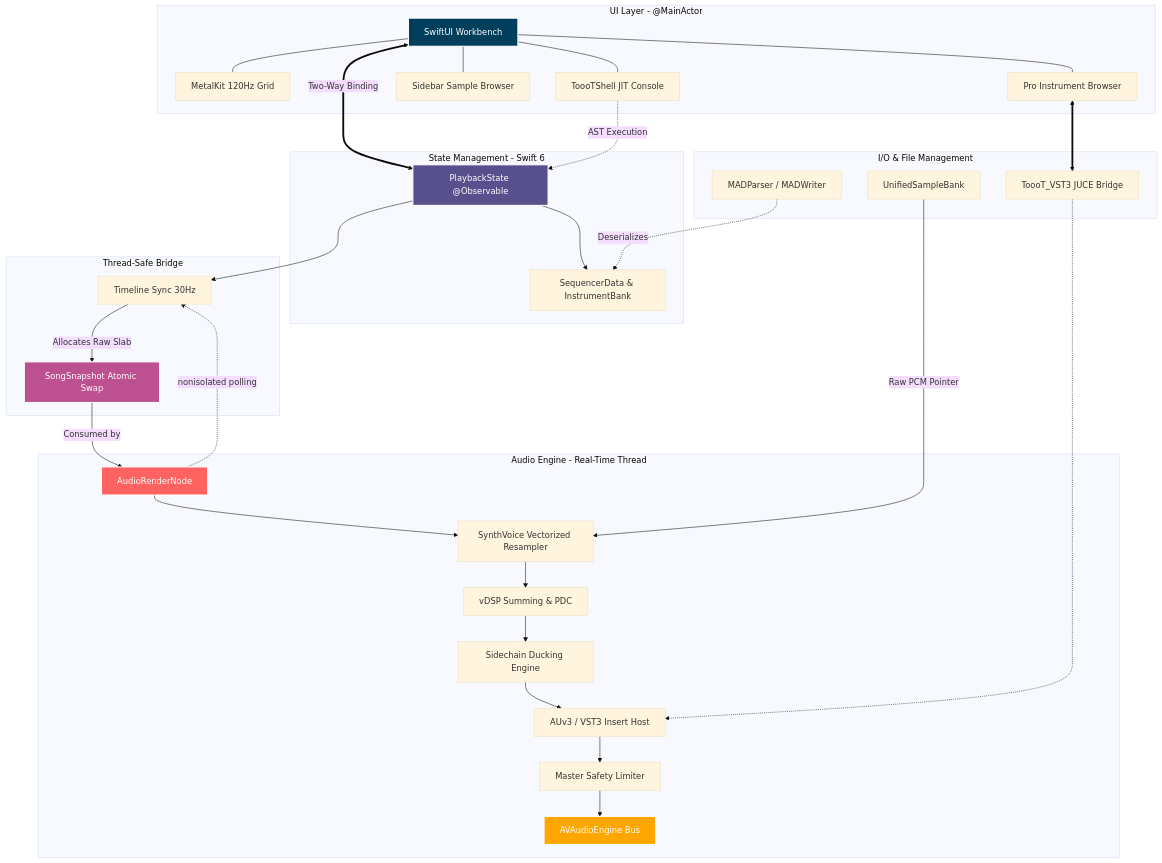
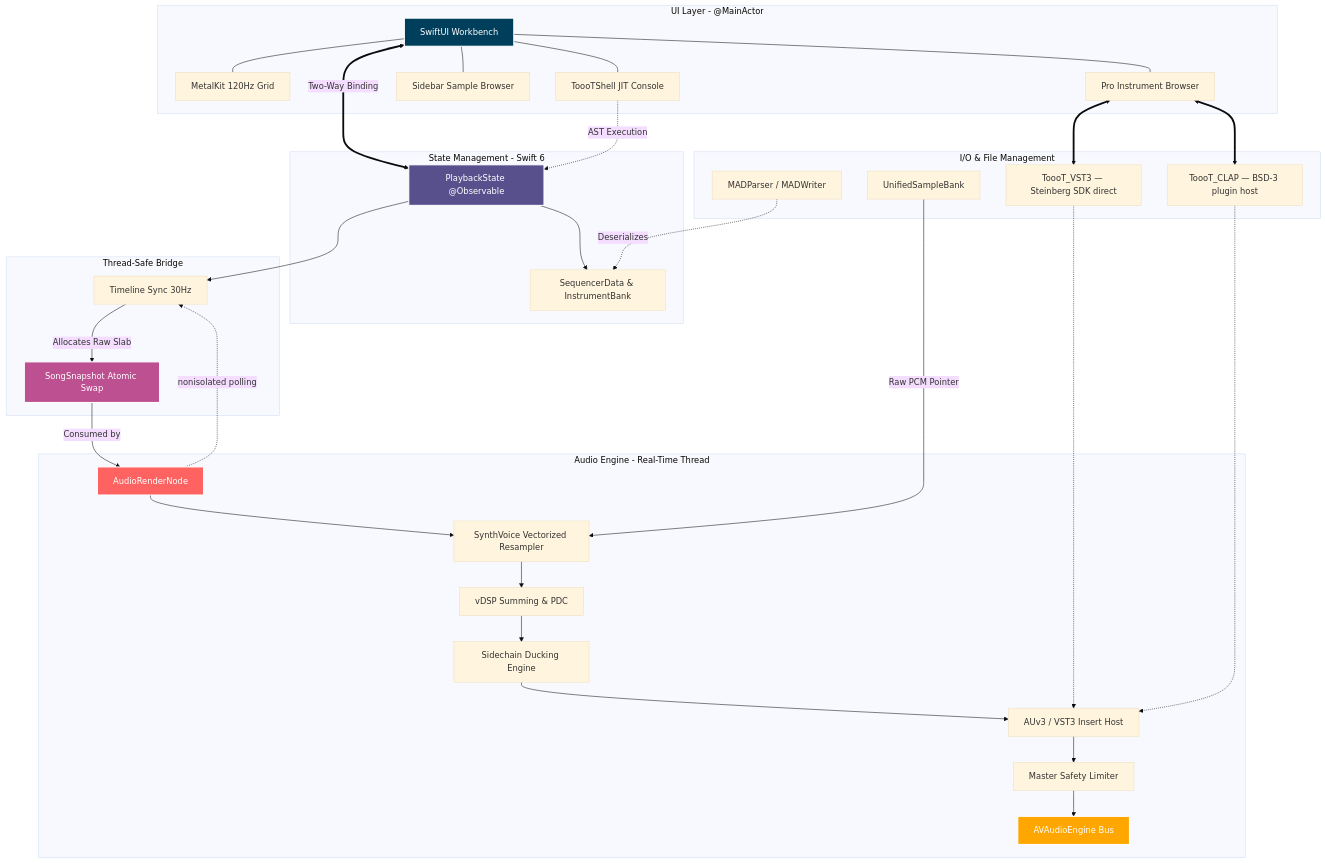
Before and after one commit to mstits/Tooot: the diagram in README.md, drawn with Mermaid (base theme). The commit also changed other lines of this file and 4 other files, not shown here.

First line of the commit message:
docs: convert all diagrams to Mermaid

````diff
--- a/README.md
+++ b/README.md
@@ -71,66 +71,69 @@
 ```mermaid
 graph TD;
     %% UI Layer
     subgraph UILayer [UI Layer - @MainActor]
         UI_WB[SwiftUI Workbench]
         UI_Metal[MetalKit 120Hz Grid]
         UI_JIT[ToooTShell JIT Console]
         UI_Browser[Sidebar Sample Browser]
         UI_NI[Pro Instrument Browser]
         UI_WB --- UI_Metal & UI_JIT & UI_Browser & UI_NI
     end
 
     %% State Layer
     subgraph StateLayer [State Management - Swift 6]
         State_PS[PlaybackState @Observable]
         State_Seq[SequencerData & InstrumentBank]
         UI_WB <==>|Two-Way Binding| State_PS
         State_PS --> State_Seq
         UI_JIT -.->|AST Execution| State_PS
     end
 
     %% Bridge
     subgraph BridgeLayer [Thread-Safe Bridge]
         Bridge_TL[Timeline Sync 30Hz]
         Bridge_Snap[SongSnapshot Atomic Swap]
         State_PS --> Bridge_TL
         Bridge_TL -->|Allocates Raw Slab| Bridge_Snap
     end
 
     %% Real-Time Audio Layer
     subgraph AudioLayer [Audio Engine - Real-Time Thread]
         Audio_RN[AudioRenderNode]
         Audio_Voice[SynthVoice Vectorized Resampler]
         Audio_vDSP[vDSP Summing & PDC]
         Audio_SC[Sidechain Ducking Engine]
         Audio_Lim[Master Safety Limiter]
         Audio_AUv3[AUv3 / VST3 Insert Host]
         Audio_Out[AVAudioEngine Bus]
         
         Bridge_Snap -->|Consumed by| Audio_RN
         Audio_RN --> Audio_Voice
         Audio_Voice --> Audio_vDSP
         Audio_vDSP --> Audio_SC
         Audio_SC --> Audio_AUv3
         Audio_AUv3 --> Audio_Lim
         Audio_Lim --> Audio_Out
         Audio_RN -.->|nonisolated polling| Bridge_TL
     end
 
     %% I/O Layer
     subgraph IOLayer [I/O & File Management]
         IO_Bank[UnifiedSampleBank]
         IO_MAD[MADParser / MADWriter]
-        IO_VST[ToooT_VST3 JUCE Bridge]
+        IO_VST[ToooT_VST3 — Steinberg SDK direct]
+        IO_CLAP[ToooT_CLAP — BSD-3 plugin host]
         UI_NI <==> IO_VST
+        UI_NI <==> IO_CLAP
         IO_VST -.-> Audio_AUv3
+        IO_CLAP -.-> Audio_AUv3
         IO_Bank -->|Raw PCM Pointer| Audio_Voice
         IO_MAD -.->|Deserializes| State_Seq
     end
 
     style UI_WB fill:#003f5c,stroke:#fff,stroke-width:2px,color:#fff
     style State_PS fill:#58508d,stroke:#fff,stroke-width:2px,color:#fff
     style Bridge_Snap fill:#bc5090,stroke:#fff,stroke-width:2px,color:#fff
     style Audio_RN fill:#ff6361,stroke:#fff,stroke-width:2px,color:#fff
     style Audio_Out fill:#ffa600,stroke:#fff,stroke-width:2px,color:#fff
 ```
````
